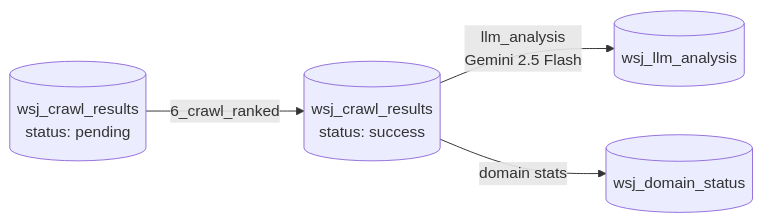
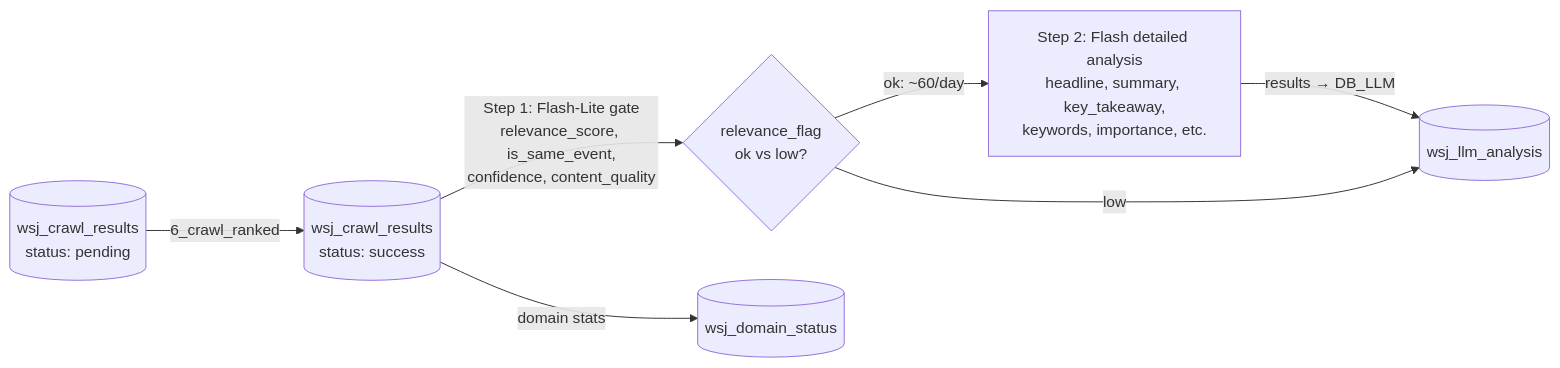
The third of 7 diagrams in docs/1-news-backend.md (choym92/araverus), drawn with Mermaid before and after one commit. The commit also changed other lines of this file and 12 other files, not shown here.

First line of the commit message:
feat: content transformation — 2-step LLM, original headlines, visibility gate

````diff
--- a/docs/1-news-backend.md
+++ b/docs/1-news-backend.md
@@ -70,6 +70,9 @@
 ```mermaid
 flowchart LR
     DB_CRAWL[(wsj_crawl_results<br/>status: pending)] --> |6_crawl_ranked| DB_CRAWL_OK[(wsj_crawl_results<br/>status: success)]
-    DB_CRAWL_OK --> |llm_analysis<br/>Gemini 2.5 Flash| DB_LLM[(wsj_llm_analysis)]
+    DB_CRAWL_OK --> |Step 1: Flash-Lite gate<br/>relevance_score, is_same_event,<br/>confidence, content_quality| STEP1{relevance_flag<br/>ok vs low?}
+    STEP1 -->|ok: ~60/day| STEP2["Step 2: Flash detailed analysis<br/>headline, summary, key_takeaway,<br/>keywords, importance, etc."]
+    STEP2 --> |results → DB_LLM| DB_LLM[(wsj_llm_analysis)]
+    STEP1 -->|low| DB_LLM
     DB_CRAWL_OK --> |domain stats| DB_DOMAIN[(wsj_domain_status)]
 ```
````
